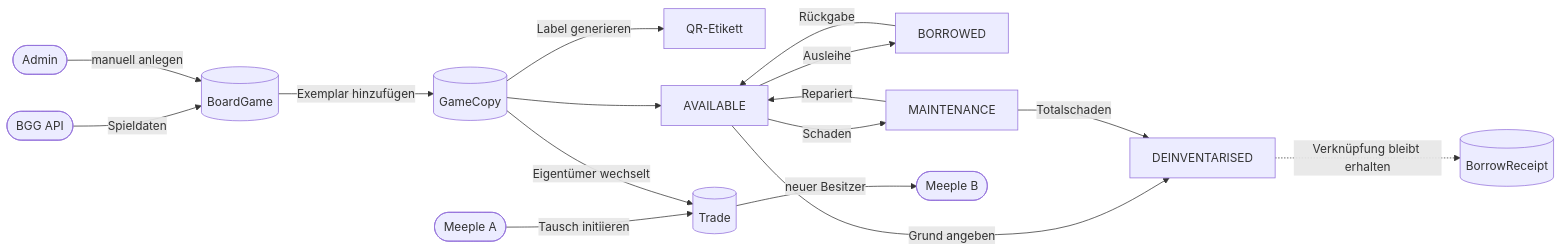
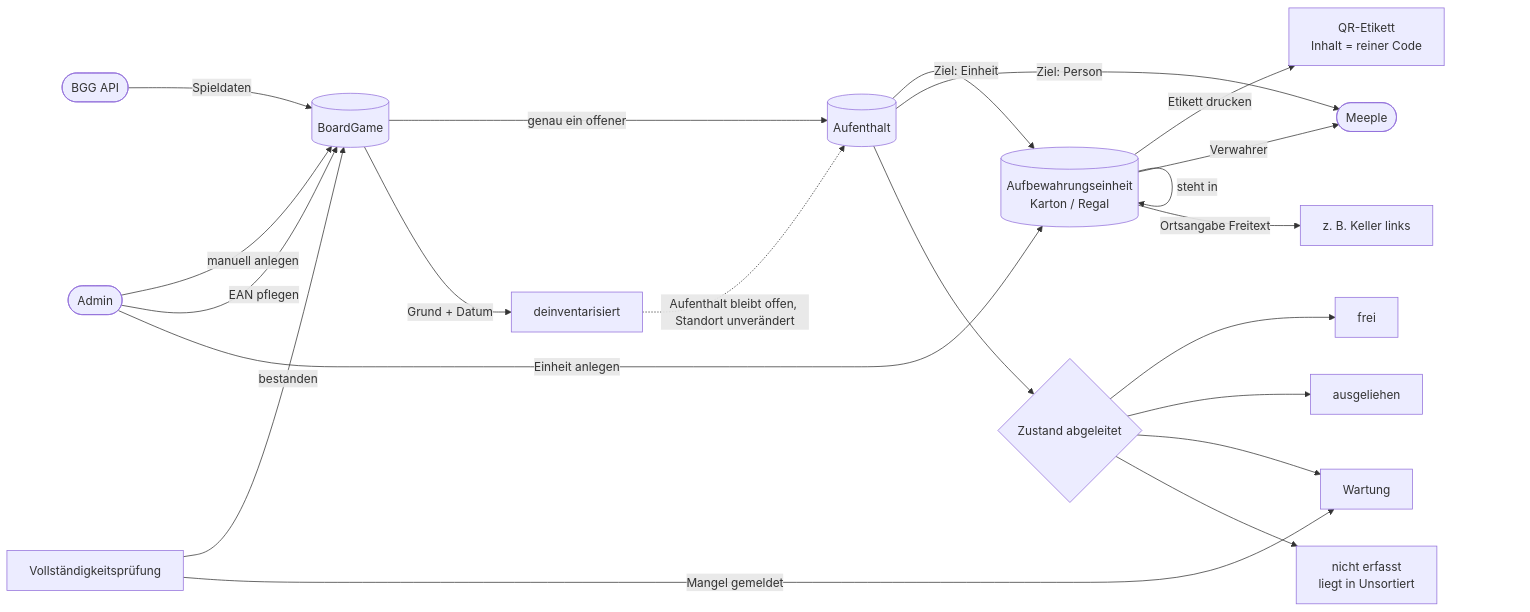
One commit to oecher-meeples/portal changed the fourth of 8 diagrams in docs/flow.md. Above: the diagram before and after it, drawn with Mermaid. The commit also changed other lines of this file and 1 other file, not shown here.

Commit message:
docs: align data flow diagrams with the holding model

````diff
--- a/docs/flow.md
+++ b/docs/flow.md
@@ -103,22 +121,28 @@
 ```mermaid
 flowchart LR
     BGGAPI([BGG API]) -->|Spieldaten| BG[(BoardGame)]
     A([Admin]) -->|manuell anlegen| BG
+    A -->|EAN pflegen| BG
 
-    BG -->|Exemplar hinzufügen| GC[(GameCopy)]
-    GC -->|Label generieren| QR[QR-Etikett]
+    A -->|Einheit anlegen| SU[("Aufbewahrungseinheit<br/>Karton / Regal")]
+    SU -->|Etikett drucken| QR["QR-Etikett<br/>Inhalt = reiner Code"]
+    SU -->|steht in| SU
+    SU -->|Verwahrer| M([Meeple])
+    SU -->|Ortsangabe Freitext| Ort[z. B. Keller links]
 
-    GC --> S_AV[AVAILABLE]
-    S_AV -->|Ausleihe| S_BO[BORROWED]
-    S_BO -->|Rückgabe| S_AV
-    S_AV -->|Schaden| S_MA[MAINTENANCE]
-    S_MA -->|Repariert| S_AV
+    BG -->|genau ein offener| H[(Aufenthalt)]
+    H -->|Ziel: Einheit| SU
+    H -->|Ziel: Person| M
 
-    M1([Meeple A]) -->|Tausch initiieren| Trade[(Trade)]
-    Trade -->|neuer Besitzer| M2([Meeple B])
-    GC -->|Eigentümer wechselt| Trade
+    H --> Z{Zustand abgeleitet}
+    Z --> Z_FR[frei]
+    Z --> Z_AU[ausgeliehen]
+    Z --> Z_WA[Wartung]
+    Z --> Z_NE["nicht erfasst<br/>liegt in Unsortiert"]
 
-    S_AV -->|Grund angeben| S_DI[DEINVENTARISED]
-    S_MA -->|Totalschaden| S_DI
-    S_DI -.->|Verknüpfung bleibt erhalten| BR[(BorrowReceipt)]
+    Pruef[Vollständigkeitsprüfung] -->|bestanden| BG
+    Pruef -->|Mangel gemeldet| Z_WA
+
+    BG -->|Grund + Datum| DI[deinventarisiert]
+    DI -.->|Aufenthalt bleibt offen, Standort unverändert| H
 ```
````
